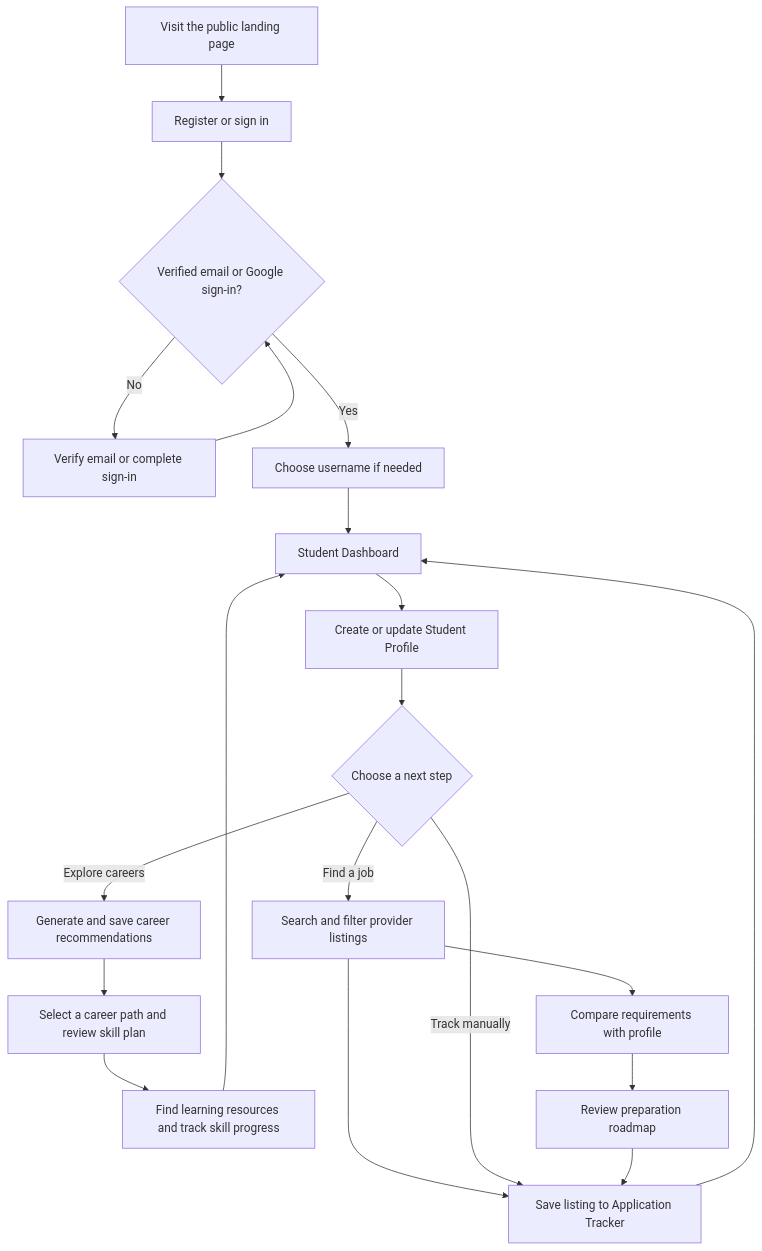
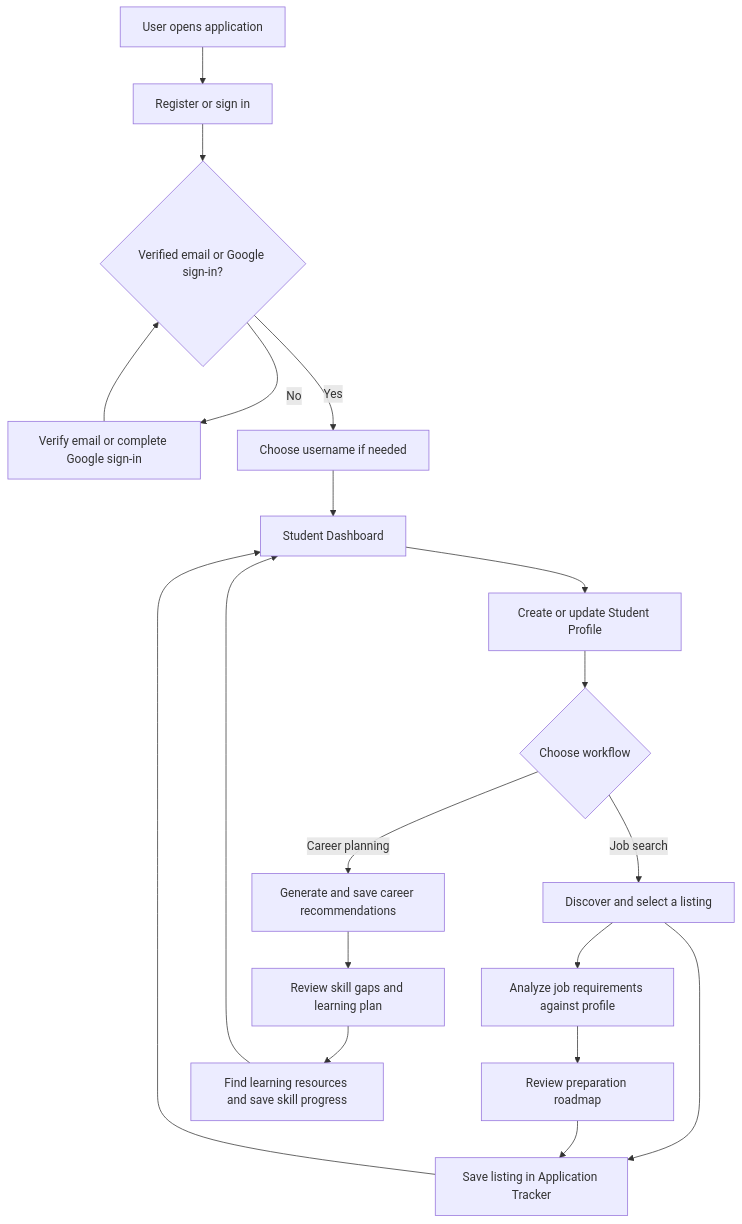
The second of 4 diagrams in README.md (bhanurgowda12/CareerScout-AI), drawn with Mermaid before and after one commit. The commit also changed other lines of this file, not shown here.

````diff
--- a/README.md
+++ b/README.md
@@ -177,22 +105,21 @@
 ```mermaid
 flowchart TD
-    A["Visit the public landing page"] --> B["Register or sign in"]
+    A["User opens application"] --> B["Register or sign in"]
     B --> C{"Verified email or Google sign-in?"}
-    C -->|No| D["Verify email or complete sign-in"]
+    C -->|No| D["Verify email or complete Google sign-in"]
     D --> C
     C -->|Yes| E["Choose username if needed"]
     E --> F["Student Dashboard"]
     F --> G["Create or update Student Profile"]
-    G --> H{"Choose a next step"}
-    H -->|Explore careers| I["Generate and save career recommendations"]
-    I --> J["Select a career path and review skill plan"]
-    J --> K["Find learning resources and track skill progress"]
-    H -->|Find a job| L["Search and filter provider listings"]
-    L --> M["Compare requirements with profile"]
-    M --> N["Review preparation roadmap"]
-    L --> O["Save listing to Application Tracker"]
-    H -->|Track manually| O
-    K --> F
-    N --> O
+    G --> H{"Choose workflow"}
+    H -->|Career planning| I["Generate and save career recommendations"]
+    I --> J["Review skill gaps and learning plan"]
+    H -->|Job search| K["Discover and select a listing"]
+    K --> L["Analyze job requirements against profile"]
+    L --> M["Review preparation roadmap"]
+    K --> N["Save listing in Application Tracker"]
+    M --> N
+    J --> O["Find learning resources and save skill progress"]
+    N --> F
     O --> F
 ```
````
